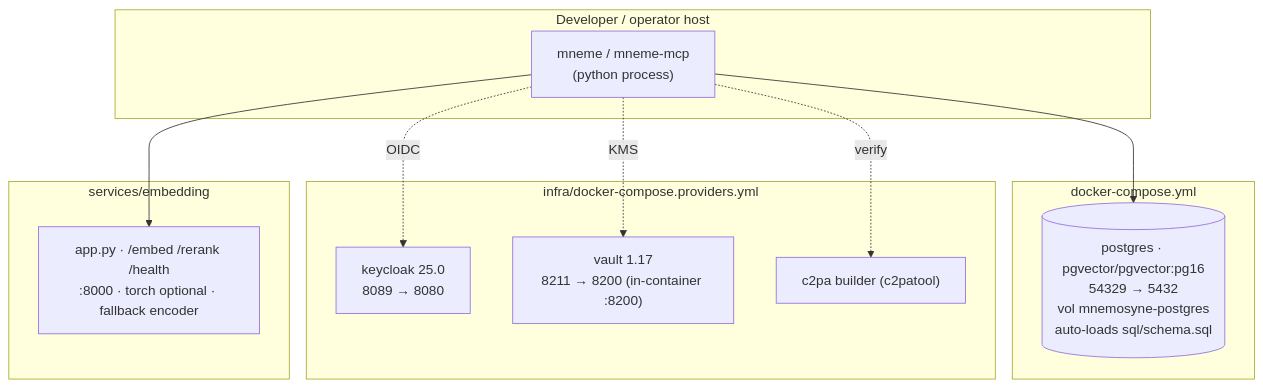
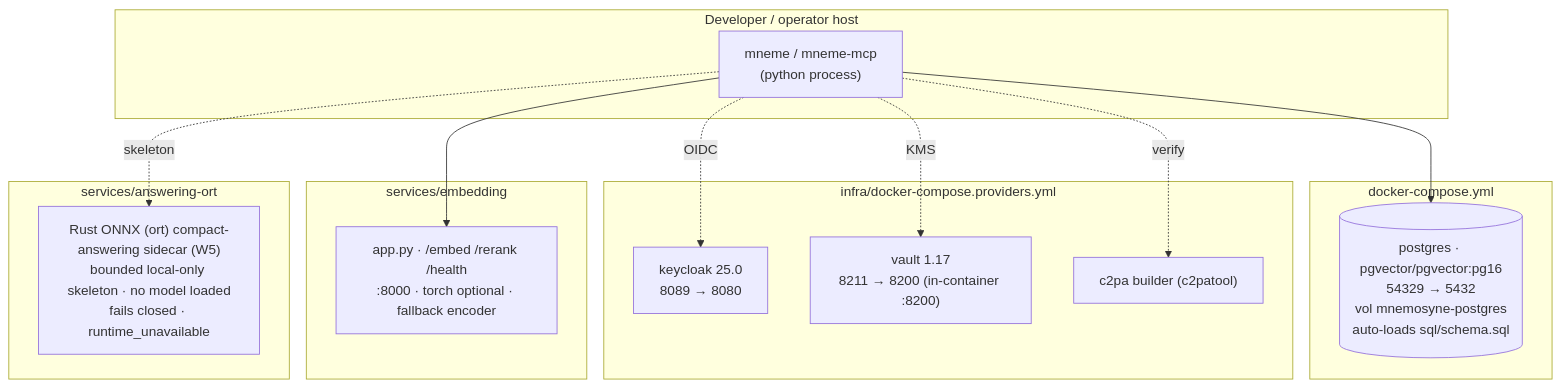
Before and after one commit to onfire7777/Mnemosyne: the eighth of 8 diagrams in docs/ARCHITECTURE-OVERVIEW.md, drawn with Mermaid. The commit also changed other lines of this file and 6 other files, not shown here.

````diff
--- a/docs/ARCHITECTURE-OVERVIEW.md
+++ b/docs/ARCHITECTURE-OVERVIEW.md
@@ -625,26 +625,31 @@
 ```mermaid
 flowchart TB
     subgraph host["Developer / operator host"]
         APP["mneme / mneme-mcp<br/>(python process)"]
     end
 
     subgraph base["docker-compose.yml"]
         PG[("postgres · pgvector/pgvector:pg16<br/>54329 → 5432<br/>vol mnemosyne-postgres<br/>auto-loads sql/schema.sql")]
     end
 
     subgraph providers["infra/docker-compose.providers.yml"]
         KC["keycloak 25.0<br/>8089 → 8080"]
         VA["vault 1.17<br/>8211 → 8200 (in-container :8200)"]
         C2["c2pa builder (c2patool)"]
     end
 
     subgraph svc["services/embedding"]
         EMB["app.py · /embed /rerank /health<br/>:8000 · torch optional · fallback encoder"]
     end
 
+    subgraph svc2["services/answering-ort"]
+        ANS["Rust ONNX (ort) compact-answering sidecar (W5)<br/>bounded local-only skeleton · no model loaded<br/>fails closed · runtime_unavailable"]
+    end
+
     APP --> PG
     APP --> EMB
+    APP -. skeleton .-> ANS
     APP -. OIDC .-> KC
     APP -. KMS .-> VA
     APP -. verify .-> C2
 ```
````
